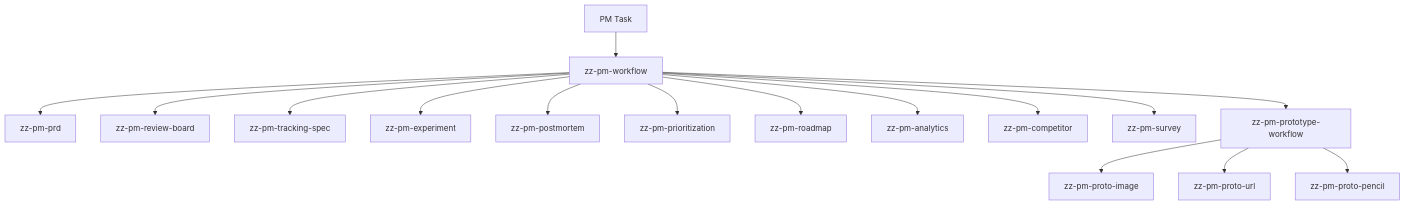
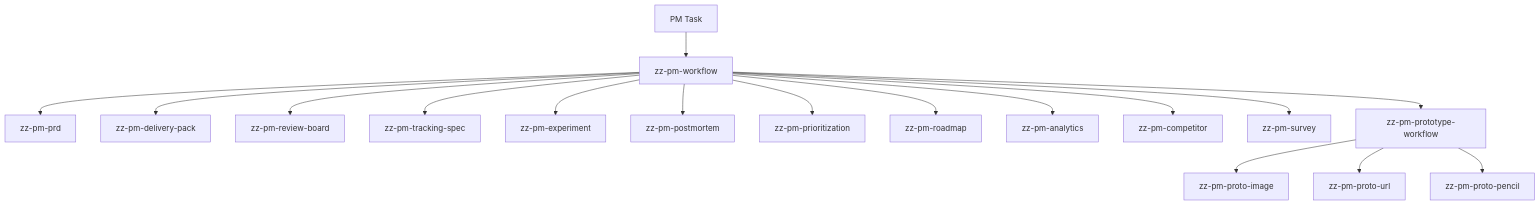
One commit to Hyggetxc/zz-pm-workflow changed the diagram in README.md. Above: the diagram before and after it, drawn with Mermaid. The commit also changed other lines of this file and 7 other files, not shown here.

Commit message:
Add delivery pack workflow skill

````diff
--- a/README.md
+++ b/README.md
@@ -97,18 +98,19 @@
 ```mermaid
 flowchart TD
     A["PM Task"] --> B["zz-pm-workflow"]
     B --> C["zz-pm-prd"]
-    B --> D["zz-pm-review-board"]
-    B --> E["zz-pm-tracking-spec"]
-    B --> F["zz-pm-experiment"]
-    B --> G["zz-pm-postmortem"]
-    B --> H["zz-pm-prioritization"]
-    B --> I["zz-pm-roadmap"]
-    B --> J["zz-pm-analytics"]
-    B --> K["zz-pm-competitor"]
-    B --> L["zz-pm-survey"]
-    B --> M["zz-pm-prototype-workflow"]
-    M --> N["zz-pm-proto-image"]
-    M --> O["zz-pm-proto-url"]
-    M --> P["zz-pm-proto-pencil"]
+    B --> D["zz-pm-delivery-pack"]
+    B --> E["zz-pm-review-board"]
+    B --> F["zz-pm-tracking-spec"]
+    B --> G["zz-pm-experiment"]
+    B --> H["zz-pm-postmortem"]
+    B --> I["zz-pm-prioritization"]
+    B --> J["zz-pm-roadmap"]
+    B --> K["zz-pm-analytics"]
+    B --> L["zz-pm-competitor"]
+    B --> M["zz-pm-survey"]
+    B --> N["zz-pm-prototype-workflow"]
+    N --> O["zz-pm-proto-image"]
+    N --> P["zz-pm-proto-url"]
+    N --> Q["zz-pm-proto-pencil"]
 ```
````
